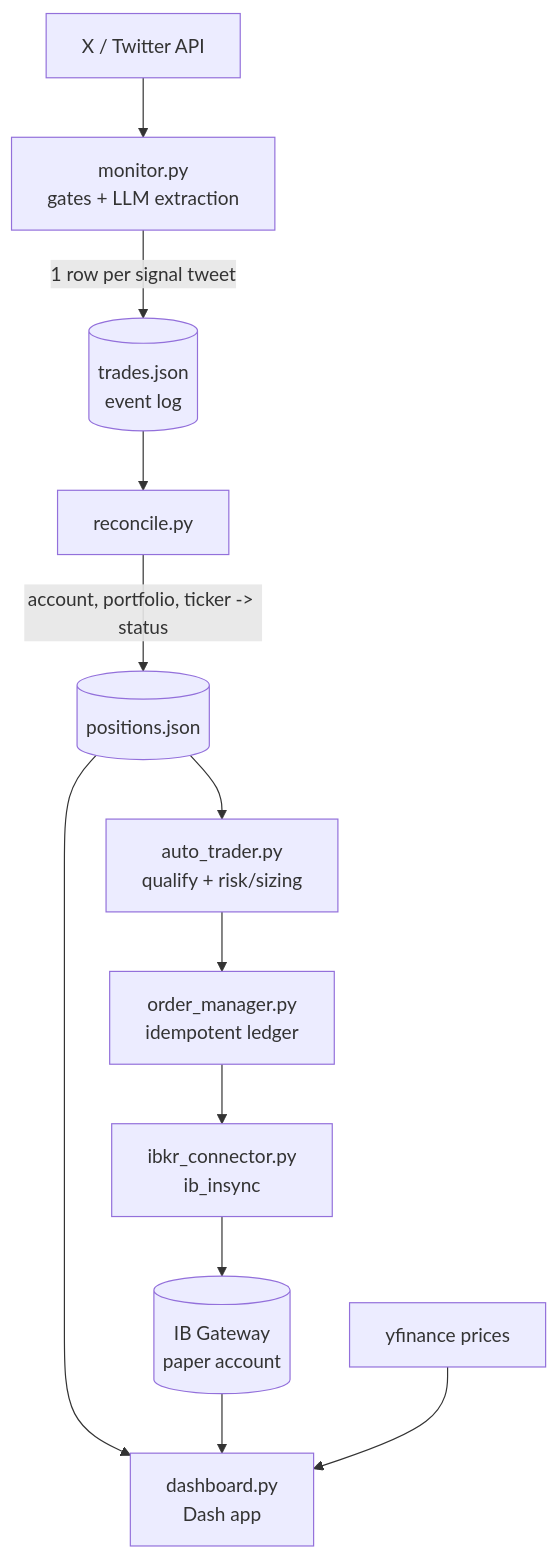
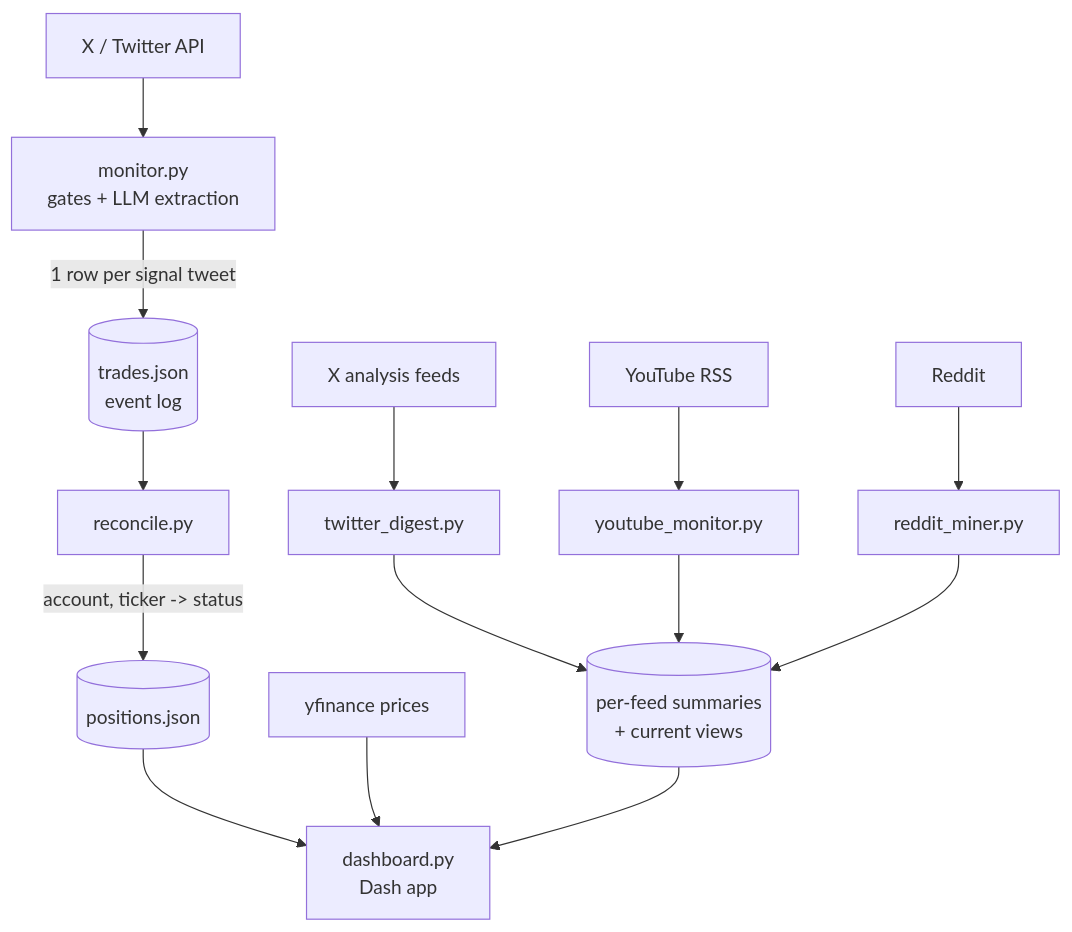
The diagram in README.md (fabibal/hindsight), drawn with Mermaid before and after one commit. The commit also changed other lines of this file and 4 other files, not shown here.

````diff
--- a/README.md
+++ b/README.md
@@ -61,14 +68,16 @@
 ```mermaid
 flowchart TD
     X[X / Twitter API] --> M[monitor.py<br/>gates + LLM extraction]
     M -->|1 row per signal tweet| T[(trades.json<br/>event log)]
     T --> R[reconcile.py]
-    R -->|account, portfolio, ticker -> status| P[(positions.json)]
-    P --> A[auto_trader.py<br/>qualify + risk/sizing]
-    A --> O[order_manager.py<br/>idempotent ledger]
-    O --> I[ibkr_connector.py<br/>ib_insync]
-    I --> G[(IB Gateway<br/>paper account)]
+    R -->|account, ticker -> status| P[(positions.json)]
     P --> D[dashboard.py<br/>Dash app]
-    G --> D
     yf[yfinance prices] --> D
+    XD[X analysis feeds] --> TD[twitter_digest.py]
+    YT[YouTube RSS] --> YM[youtube_monitor.py]
+    RD[Reddit] --> RM[reddit_miner.py]
+    TD --> S[(per-feed summaries<br/>+ current views)]
+    YM --> S
+    RM --> S
+    S --> D
 ```
````
